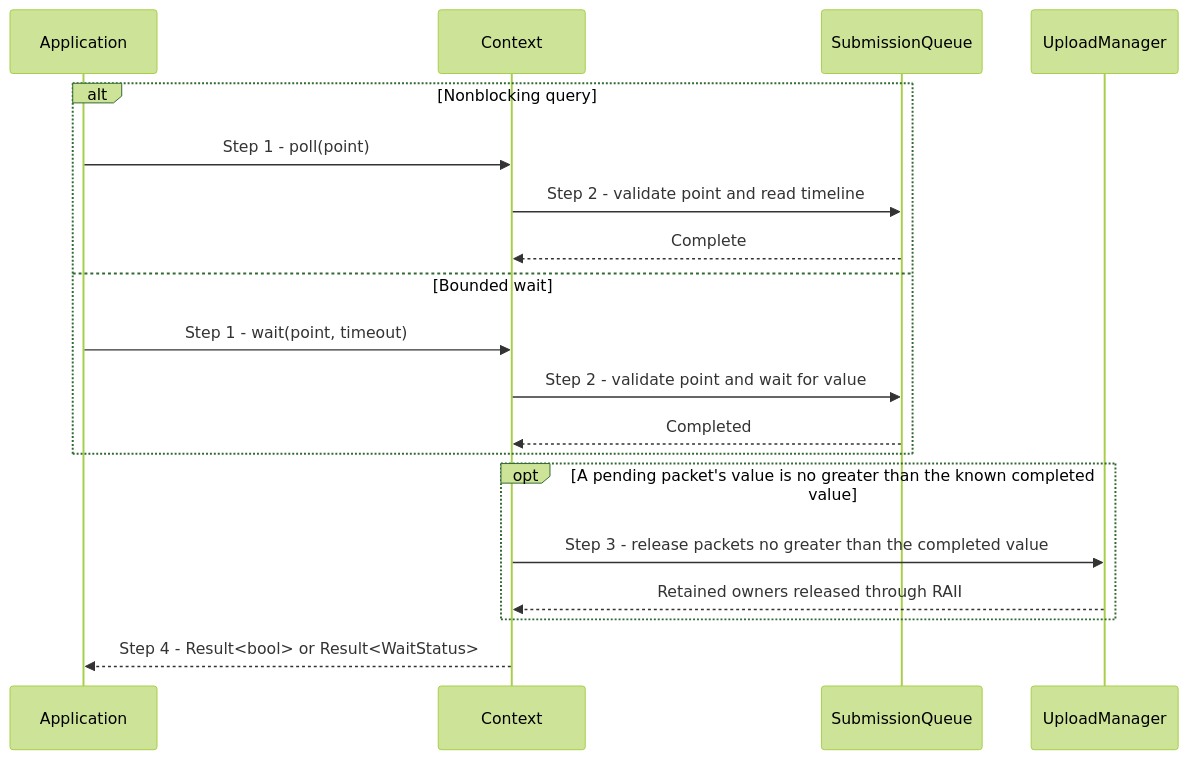
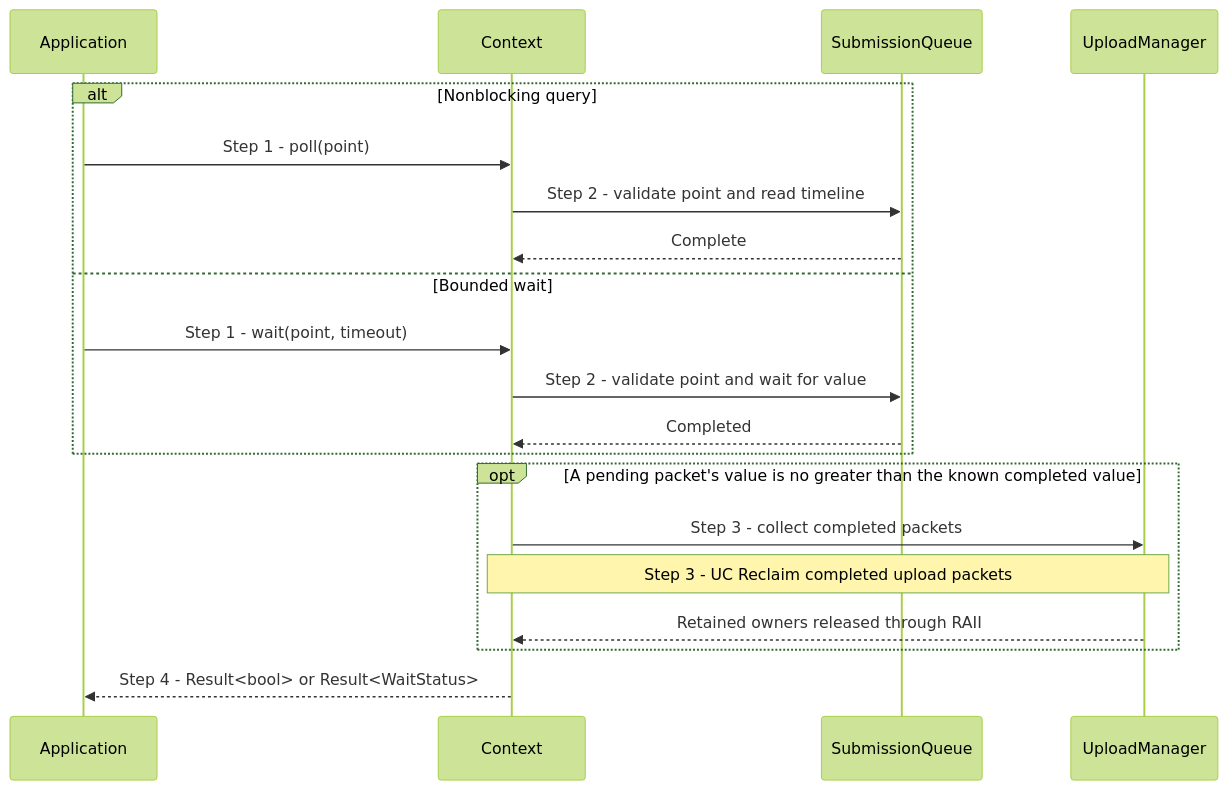
Before and after one commit to a-soltysik/Panda: the diagram in docs/use-cases/observe-completion.md, drawn with Mermaid (forest theme). The commit also changed other lines of this file and 23 other files, not shown here.

Commit message:
Align use-case references and document shared upload flows (#82)

````diff
--- a/docs/use-cases/observe-completion.md
+++ b/docs/use-cases/observe-completion.md
@@ -34,21 +32,22 @@
 ```mermaid
 sequenceDiagram
     participant A as Application
     participant C as Context
     participant Q as SubmissionQueue
     participant U as UploadManager
     alt Nonblocking query
         A->>C: Step 1 - poll(point)
         C->>Q: Step 2 - validate point and read timeline
         Q-->>C: Complete
     else Bounded wait
         A->>C: Step 1 - wait(point, timeout)
         C->>Q: Step 2 - validate point and wait for value
         Q-->>C: Completed
     end
     opt A pending packet's value is no greater than the known completed value
-        C->>U: Step 3 - release packets no greater than the completed value
+        C->>U: Step 3 - collect completed packets
+        Note over C,U: Step 3 - UC Reclaim completed upload packets
         U-->>C: Retained owners released through RAII
     end
     C-->>A: Step 4 - Result<bool> or Result<WaitStatus>
 ```
````
